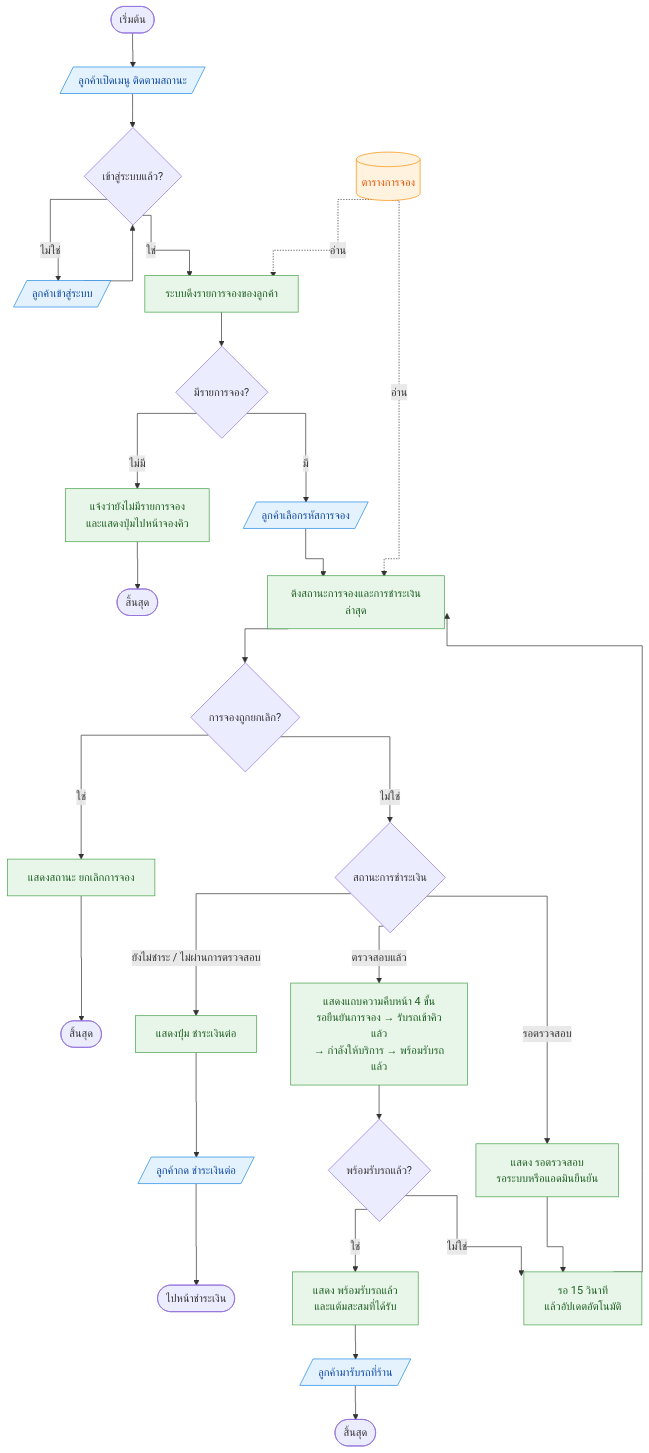
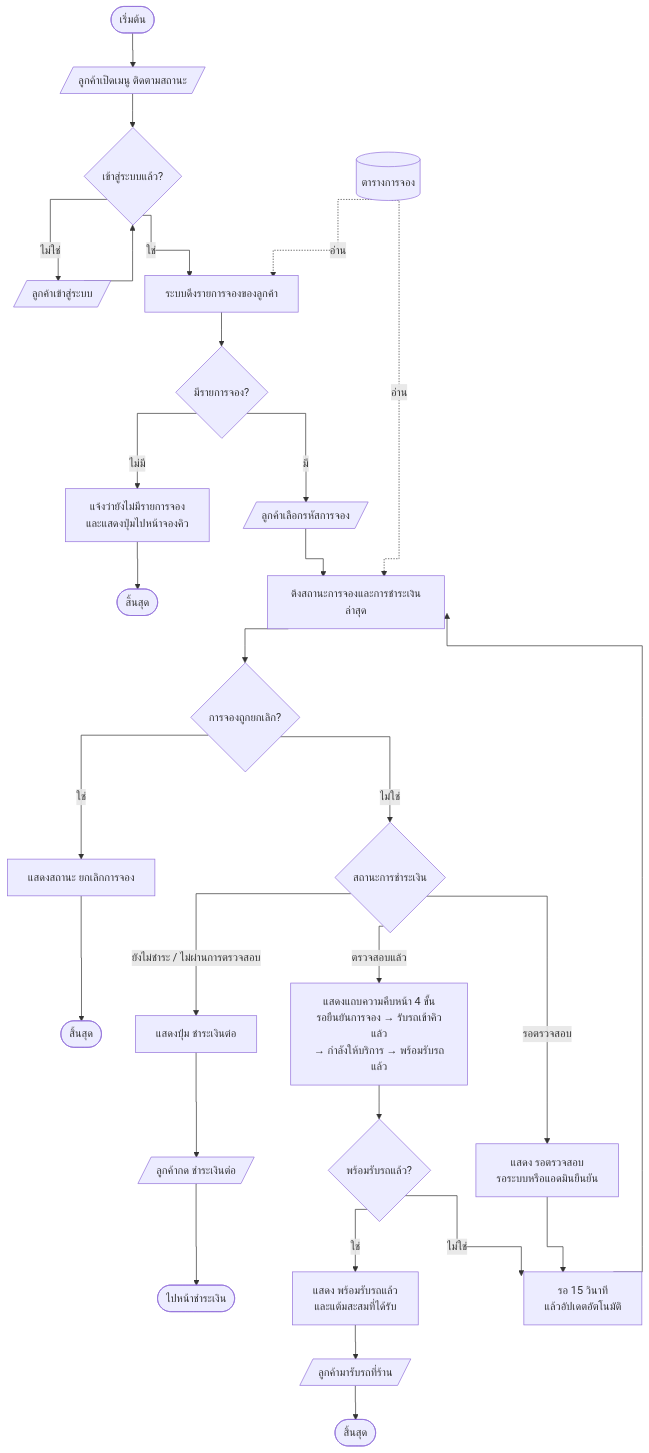
The eighth of 8 diagrams in README.md (Patipan26/Group22-CarWash-Queue), drawn with Mermaid before and after one commit. The commit also changed other lines of this file, not shown here.

````diff
--- a/README.md
+++ b/README.md
@@ -1017,44 +988,36 @@
 ```mermaid
 %%{init: {"flowchart": {"curve": "stepAfter"}}}%%
 flowchart TD
     S([เริ่มต้น]) --> C1[/"ลูกค้าเปิดเมนู ติดตามสถานะ"/]
     C1 --> L{"เข้าสู่ระบบแล้ว?"}
     L -->|ไม่ใช่| C0[/"ลูกค้าเข้าสู่ระบบ"/]
     C0 --> L
     L -->|ใช่| B1["ระบบดึงรายการจองของลูกค้า"]
     B1 --> D1{"มีรายการจอง?"}
     D1 -->|ไม่มี| BN["แจ้งว่ายังไม่มีรายการจอง<br>และแสดงปุ่มไปหน้าจองคิว"]
     BN --> EN([สิ้นสุด])
     D1 -->|มี| C2[/"ลูกค้าเลือกรหัสการจอง"/]
     C2 --> B2["ดึงสถานะการจองและการชำระเงินล่าสุด"]
     B2 --> D2{"การจองถูกยกเลิก?"}
     D2 -->|ใช่| BX["แสดงสถานะ ยกเลิกการจอง"]
     BX --> EX([สิ้นสุด])
     D2 -->|ไม่ใช่| D3{"สถานะการชำระเงิน"}
     D3 -->|ยังไม่ชำระ / ไม่ผ่านการตรวจสอบ| BP["แสดงปุ่ม ชำระเงินต่อ"]
     BP --> C3[/"ลูกค้ากด ชำระเงินต่อ"/]
     C3 --> EP([ไปหน้าชำระเงิน])
     D3 -->|รอตรวจสอบ| BW["แสดง รอตรวจสอบ<br>รอระบบหรือแอดมินยืนยัน"]
     D3 -->|ตรวจสอบแล้ว| B3["แสดงแถบความคืบหน้า 4 ขั้น<br>รอยืนยันการจอง → รับรถเข้าคิวแล้ว<br>→ กำลังให้บริการ → พร้อมรับรถแล้ว"]
     B3 --> D4{"พร้อมรับรถแล้ว?"}
     D4 -->|ใช่| BR["แสดง พร้อมรับรถแล้ว<br>และแต้มสะสมที่ได้รับ"]
     BR --> C4[/"ลูกค้ามารับรถที่ร้าน"/]
     C4 --> E([สิ้นสุด])
     D4 -->|ไม่ใช่| W["รอ 15 วินาที<br>แล้วอัปเดตอัตโนมัติ"]
     BW --> W
     W --> B2
 
     DBB[("ตารางการจอง")]
     DBB -.->|อ่าน| B1
     DBB -.->|อ่าน| B2
 
-    class C0,C1,C2,C3,C4 cust
-    class B1,B2,B3,BN,BX,BP,BW,BR,W sys
-    class DBB db
-
-    classDef cust fill:#E3F2FD,stroke:#1E88E5,color:#0D47A1
-    classDef sys fill:#E8F5E9,stroke:#43A047,color:#1B5E20
-    classDef db fill:#FFF3E0,stroke:#FB8C00,color:#E65100
-
     linkStyle default interpolate stepAfter
 ```
````
